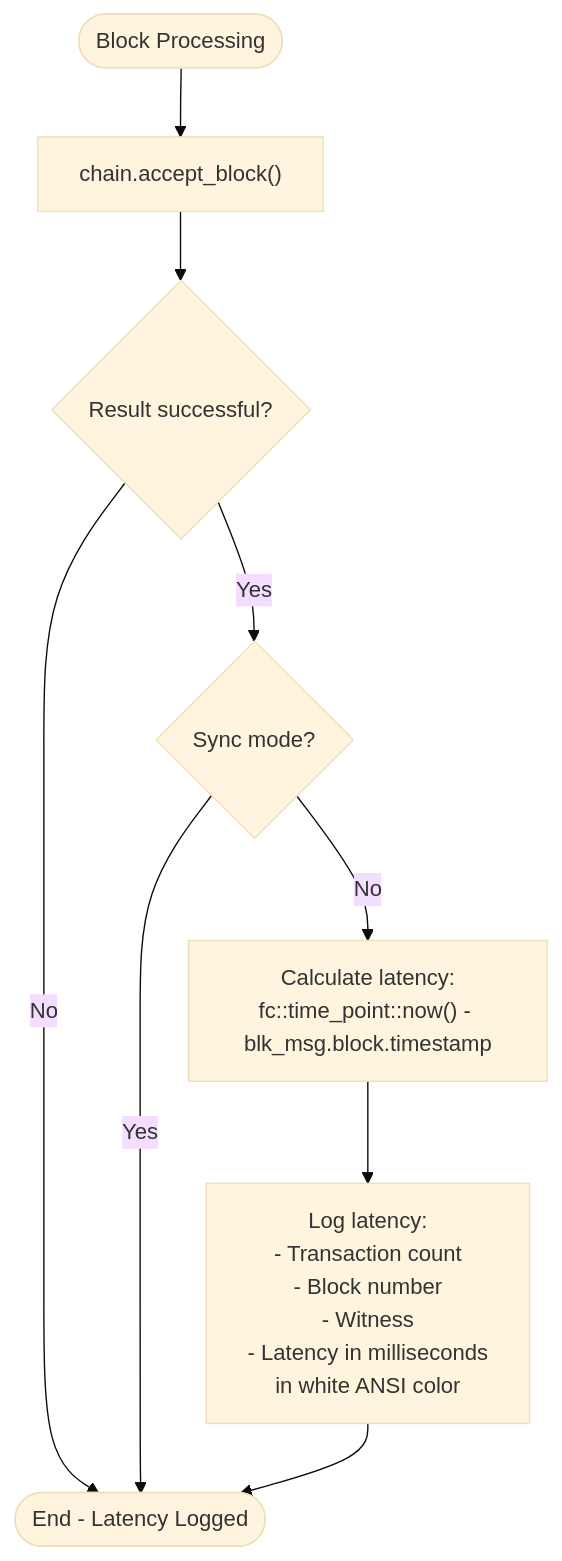
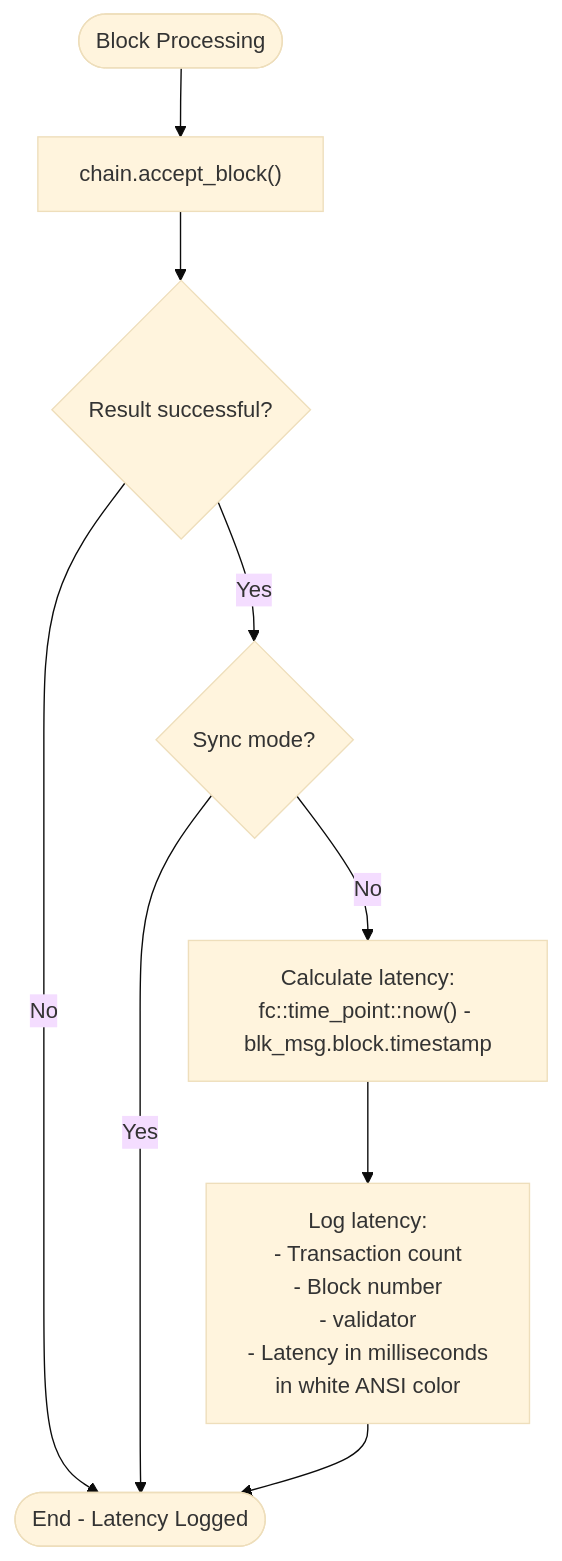
Before and after one commit to VIZ-Blockchain/viz-cpp-node: diagram 41 of 50 in .qoder/repowiki/en/content/P2p Plugin.md, drawn with Mermaid (base theme). The commit also changed other lines of this file and 88 other files, not shown here.

First line of the commit message:
docs(validator): rename witness to validator throughout documentation

````diff
--- a/.qoder/repowiki/en/content/P2p Plugin.md
+++ b/.qoder/repowiki/en/content/P2p Plugin.md
@@ -1442,11 +1442,11 @@
 ```mermaid
 flowchart TD
 Start([Block Processing]) --> AcceptBlock["chain.accept_block()"]
 AcceptBlock --> CheckResult{"Result successful?"}
 CheckResult --> |No| End([End - No Latency Logging])
 CheckResult --> |Yes| CheckSyncMode{"Sync mode?"}
 CheckSyncMode --> |Yes| End([End - No Latency Logging])
 CheckSyncMode --> |No| CalculateLatency["Calculate latency:<br/>fc::time_point::now() - blk_msg.block.timestamp"]
-CalculateLatency --> LogLatency["Log latency:<br/>- Transaction count<br/>- Block number<br/>- Witness<br/>- Latency in milliseconds<br/>in white ANSI color"]
+CalculateLatency --> LogLatency["Log latency:<br/>- Transaction count<br/>- Block number<br/>- validator<br/>- Latency in milliseconds<br/>in white ANSI color"]
 LogLatency --> End([End - Latency Logged])
 ```
````
